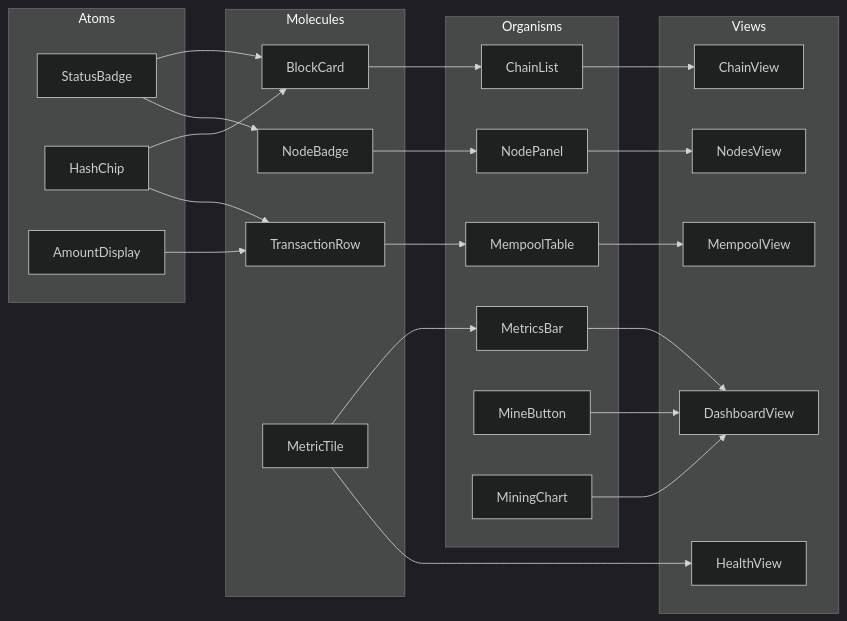
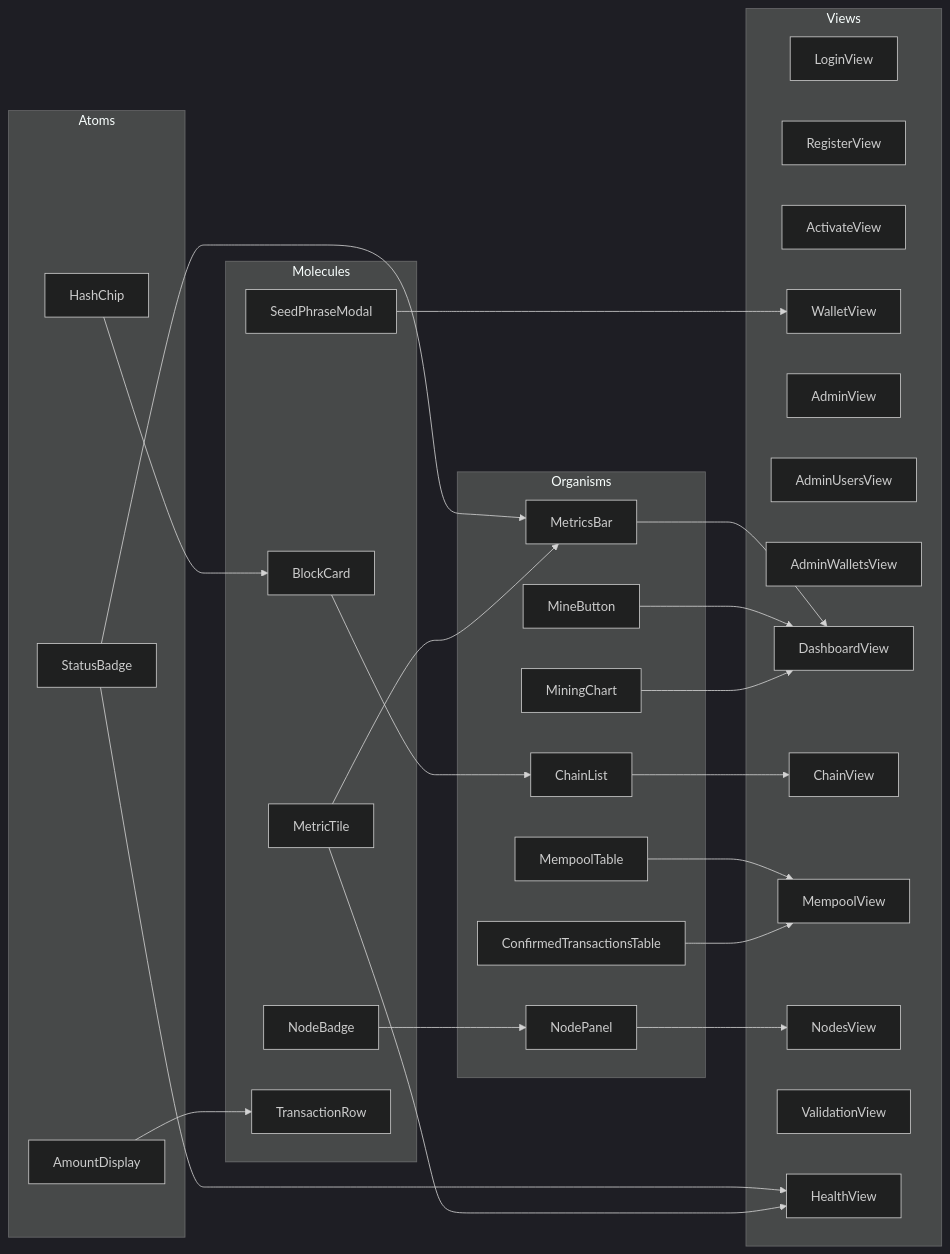
The seventh of 8 diagrams in docs/architecture.md (basic-blockchain/basic-blockchain-frontend), drawn with Mermaid (dark theme) before and after one commit. The commit also changed other lines of this file and 1 other file, not shown here.

Commit message:
docs(architecture): refresh architecture + components catalog

````diff
--- a/docs/architecture.md
+++ b/docs/architecture.md
@@ -291,46 +338,56 @@
 ```mermaid
 flowchart LR
     subgraph Atoms
         A1[StatusBadge]
         A2[HashChip]
         A3[AmountDisplay]
     end
     subgraph Molecules
         M1[BlockCard]
-        M2[TransactionRow]
-        M3[NodeBadge]
-        M4[MetricTile]
+    M2[NodeBadge]
+    M3[MetricTile]
+    M4[SeedPhraseModal]
+    M5[TransactionRow]
     end
     subgraph Organisms
         O1[ChainList]
         O2[MempoolTable]
-        O3[NodePanel]
-        O4[MetricsBar]
-        O5[MineButton]
-        O6[MiningChart]
+    O3[ConfirmedTransactionsTable]
+    O4[NodePanel]
+    O5[MetricsBar]
+    O6[MineButton]
+    O7[MiningChart]
     end
     subgraph Views
-        V1[DashboardView]
-        V2[ChainView]
-        V3[MempoolView]
-        V4[NodesView]
-        V5[HealthView]
+    V1[LoginView]
+    V2[RegisterView]
+    V3[ActivateView]
+    V4[WalletView]
+    V5[AdminView]
+    V6[AdminUsersView]
+    V7[AdminWalletsView]
+    V8[DashboardView]
+    V9[ChainView]
+    V10[MempoolView]
+    V11[NodesView]
+    V12[ValidationView]
+    V13[HealthView]
     end
 
-    A1 --> M1
-    A1 --> M3
+    A1 --> O5
+    A1 --> V13
     A2 --> M1
-    A2 --> M2
-    A3 --> M2
-    M1 --> O1
-    M2 --> O2
-    M3 --> O3
-    M4 --> O4
-    O1 --> V2
-    O2 --> V3
-    O3 --> V4
-    O4 --> V1
-    O5 --> V1
-    O6 --> V1
-    M4 --> V5
+  A3 --> M5
+  M1 --> O1
+  M2 --> O4
+  M3 --> O5
+  O1 --> V9
+  O2 --> V10
+  O3 --> V10
+  O4 --> V11
+  O5 --> V8
+  O6 --> V8
+  O7 --> V8
+  M4 --> V4
+  M3 --> V13
 ```
````
